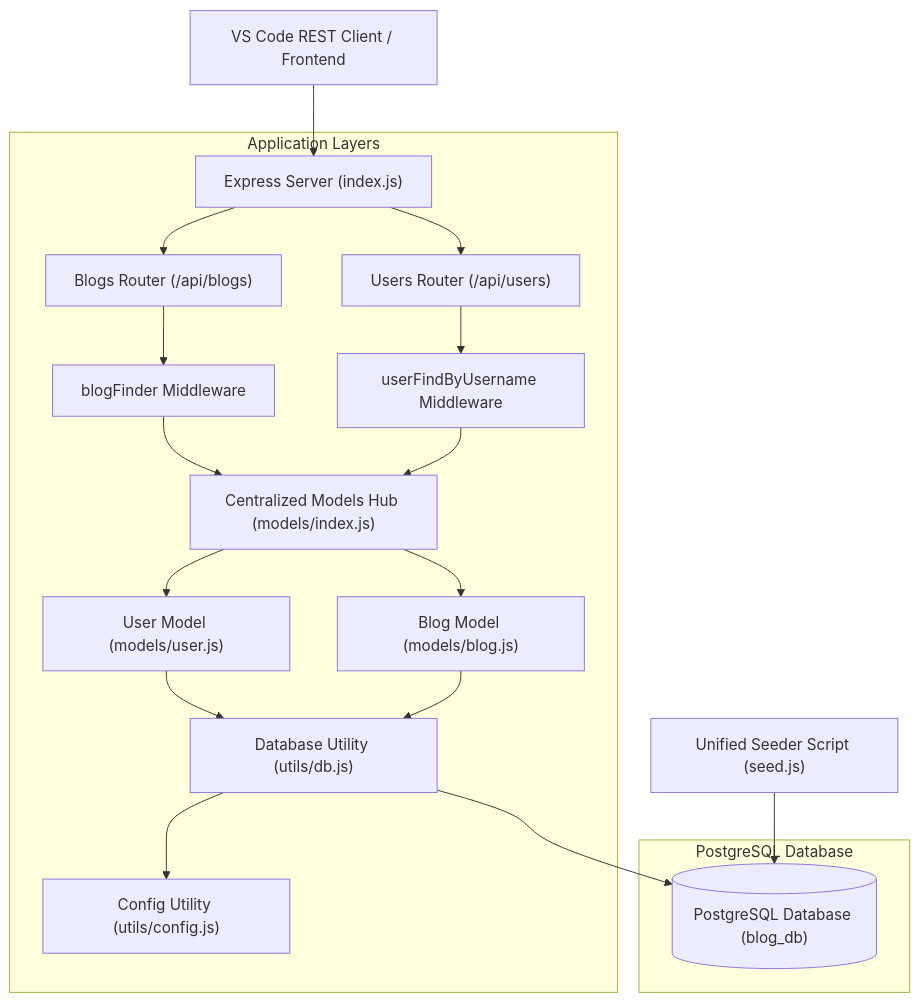
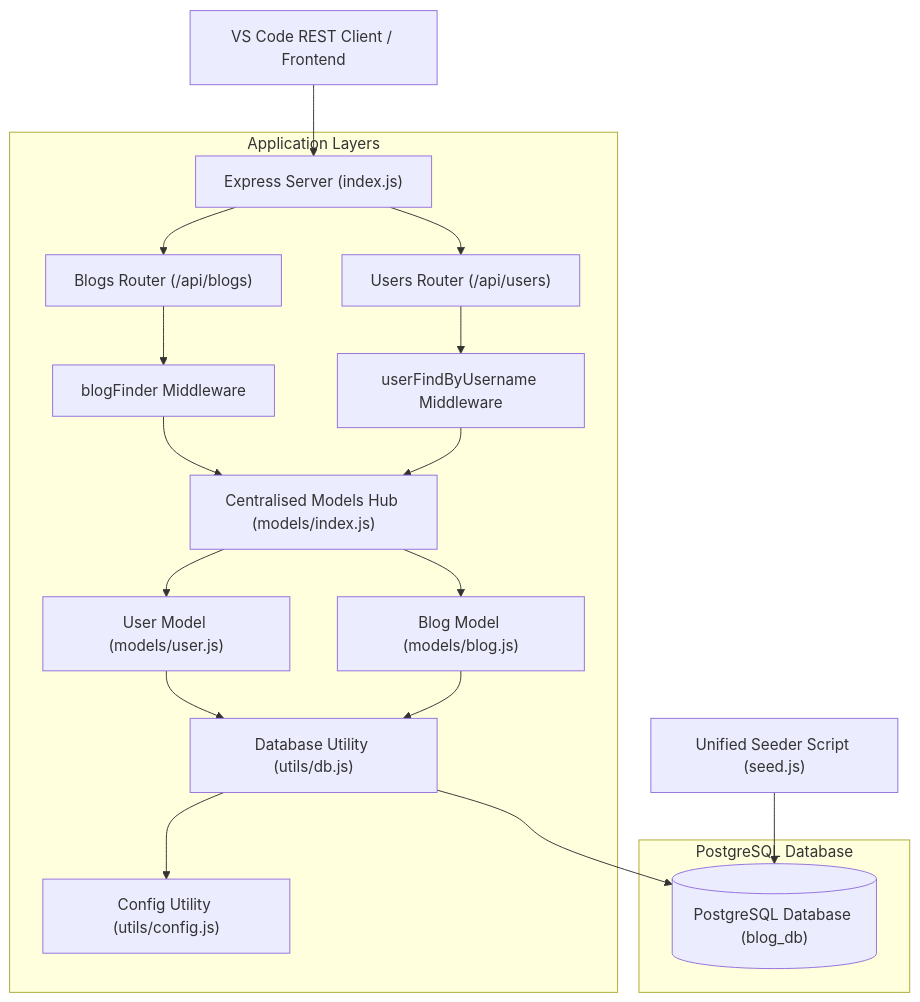
Before and after one commit to paulmayer-fullstacker/FullStackOpen-Part-13: the third of 3 diagrams in ReadMe.md, drawn with Mermaid. The commit also changed other lines of this file and 4 other files, not shown here.

````diff
--- a/ReadMe.md
+++ b/ReadMe.md
@@ -208,29 +208,29 @@
 ```mermaid
 graph TD
     Client["VS Code REST Client / Frontend"] --> Express["Express Server (index.js)"]
 
     subgraph Application Layers
         Express --> BlogsRouter["Blogs Router (/api/blogs)"]
         Express --> UsersRouter["Users Router (/api/users)"]
         
         BlogsRouter --> BlogMiddleware["blogFinder Middleware"]
         UsersRouter --> UserMiddleware["userFindByUsername Middleware"]
         
-        BlogMiddleware --> ModelsHub["Centralized Models Hub (models/index.js)"]
+        BlogMiddleware --> ModelsHub["Centralised Models Hub (models/index.js)"]
         UserMiddleware --> ModelsHub
         
         ModelsHub --> UserModel["User Model (models/user.js)"]
         ModelsHub --> BlogModel["Blog Model (models/blog.js)"]
         
         UserModel --> DBConn["Database Utility (utils/db.js)"]
         BlogModel --> DBConn
         
         DBConn --> Config["Config Utility (utils/config.js)"]
     end
 
     subgraph PostgreSQL Database
         DBConn --> PG[("PostgreSQL Database (blog_db)")]
     end
 
     Seed["Unified Seeder Script (seed.js)"] --> PG
 ```
````
